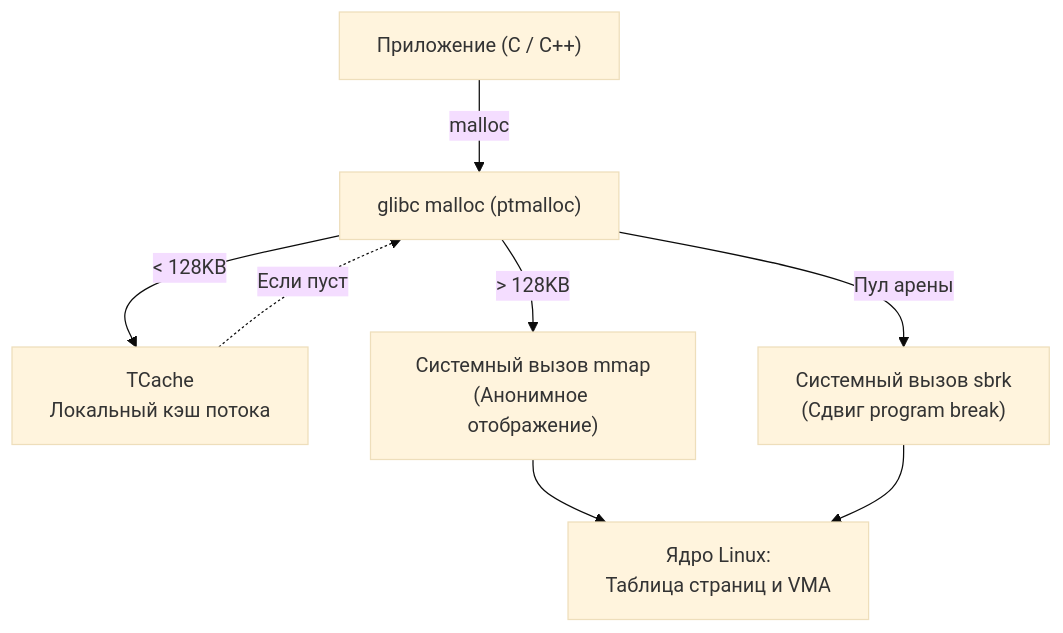
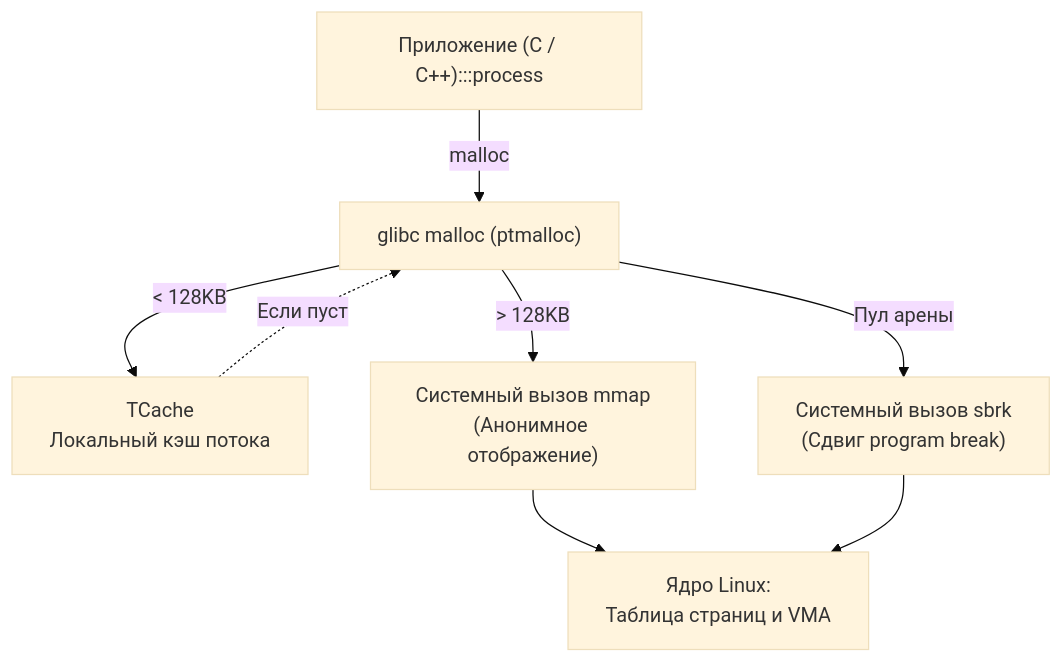
The diagram in sources/2. Устройство и работа ОС/15. malloc под капотом. Откуда ОС берет память.md (UnrealTemplier/go-textbook), drawn with Mermaid (base theme) before and after one commit. The commit also changed 1666 other files, not shown here.

First line of the commit message:
feat(mermaid): add semantic color classDef to 1369 colorless flowchart/graph diagrams

````diff
--- a/sources/2. Устройство и работа ОС/15. malloc под капотом. Откуда ОС берет память.md
+++ b/sources/2. Устройство и работа ОС/15. malloc под капотом. Откуда ОС берет память.md
@@ -75,14 +75,24 @@
 ```mermaid
 flowchart TD
-    App["Приложение (C / C++)"] -->|malloc| Libc["glibc malloc (ptmalloc)"]
+    classDef process  fill:#1e293b,stroke:#38bdf8,stroke-width:1px,color:#f8fafc
+    classDef success  fill:#064e3b,stroke:#34d399,stroke-width:1px,color:#f8fafc
+    classDef error    fill:#7f1d1d,stroke:#f87171,stroke-width:1px,color:#f8fafc
+    classDef warning  fill:#78350f,stroke:#fbbf24,stroke-width:1px,color:#f8fafc
+    classDef entry    fill:#1e3a5f,stroke:#38bdf8,stroke-width:2px,color:#f8fafc
+    classDef aux      fill:#334155,stroke:#64748b,stroke-width:1px,color:#f8fafc
+    classDef system   fill:#312e81,stroke:#a78bfa,stroke-width:1px,color:#f8fafc
+    classDef data     fill:#132d29,stroke:#2dd4bf,stroke-width:1px,color:#f8fafc
+    classDef network  fill:#881337,stroke:#fb7185,stroke-width:1px,color:#f8fafc
+    classDef accent   fill:#1e1b4b,stroke:#818cf8,stroke-width:1px,color:#f8fafc
+    App["Приложение (C / C++):::process"] -->|malloc| Libc["glibc malloc (ptmalloc)"]
     Libc -->|< 128KB| Tcache["TCache
 Локальный кэш потока"]
     Libc -->|> 128KB| Mmap["Системный вызов mmap
 (Анонимное отображение)"]
     Libc -->|Пул арены| Brk["Системный вызов sbrk
 (Сдвиг program break)"]
     Tcache -.->|Если пуст| Libc
     Mmap --> PageTable["Ядро Linux:
 Таблица страниц и VMA"]
     Brk --> PageTable
 ```
````
